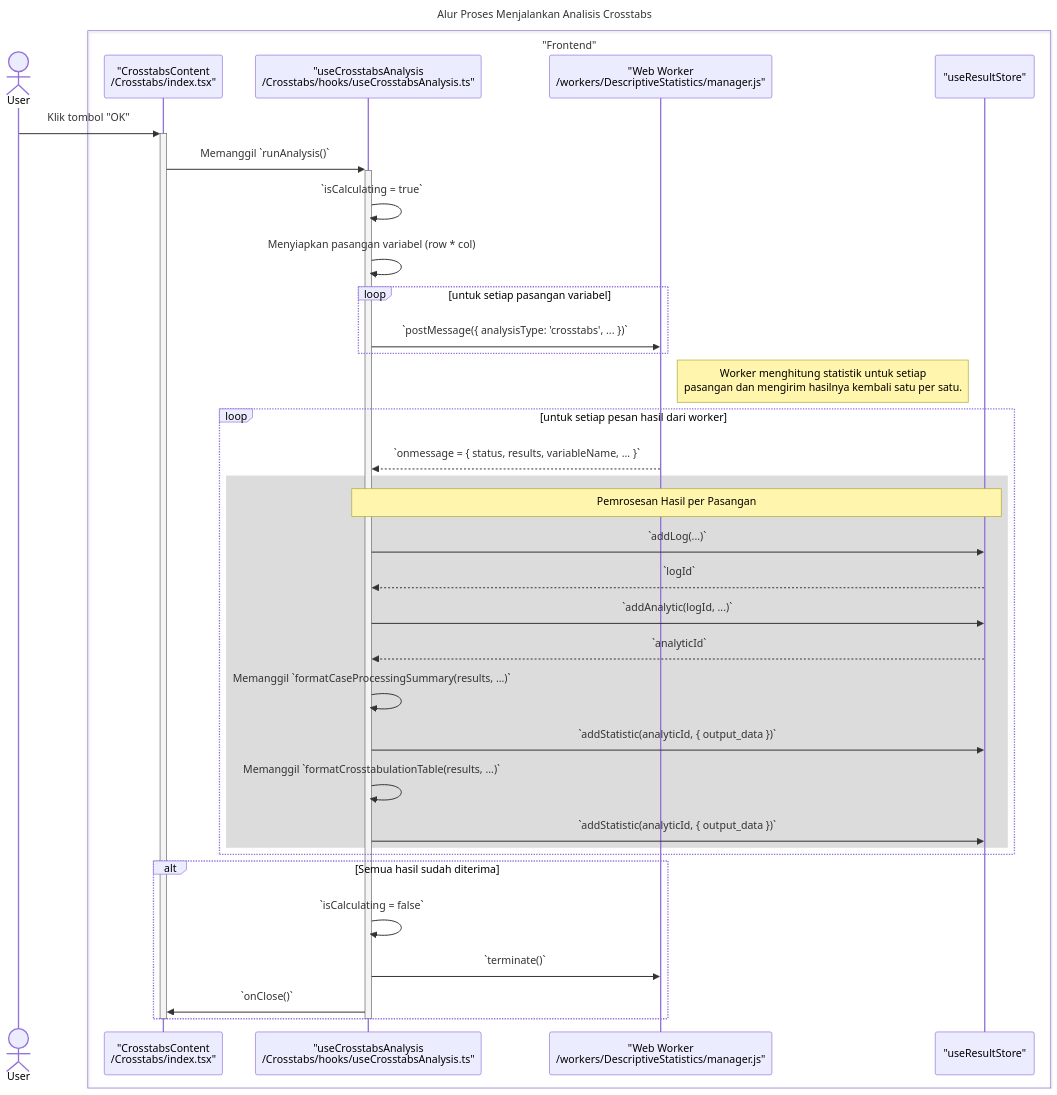
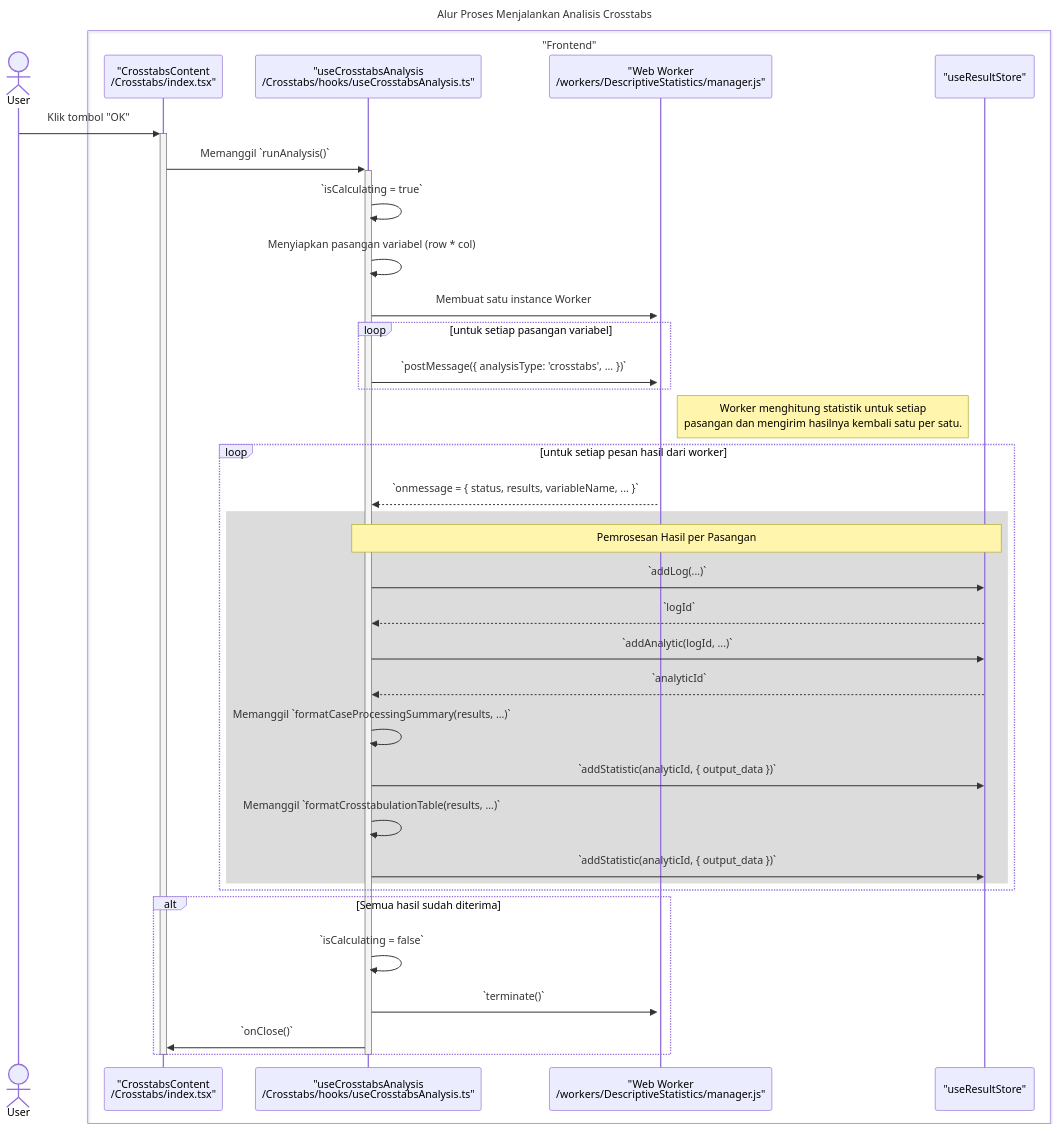
Before and after one commit to wilskk/statify: the second of 2 diagrams in frontend/docs/Sequence-Diagram/Descriptive/crosstabs.md, drawn with Mermaid. The commit also changed 25 other files, not shown here.

````diff
--- a/frontend/docs/Sequence-Diagram/Descriptive/crosstabs.md
+++ b/frontend/docs/Sequence-Diagram/Descriptive/crosstabs.md
@@ -47,50 +47,51 @@
 ```mermaid
 sequenceDiagram
     title: Alur Proses Menjalankan Analisis Crosstabs
     actor User
 
     box "Frontend"
         participant View as "CrosstabsContent<br>/Crosstabs/index.tsx"
         participant Hook as "useCrosstabsAnalysis<br>/Crosstabs/hooks/useCrosstabsAnalysis.ts"
         participant Worker as "Web Worker<br>/workers/DescriptiveStatistics/manager.js"
         participant Store as "useResultStore"
     end
 
     User->>+View: Klik tombol "OK"
     View->>+Hook: Memanggil `runAnalysis()`
 
     Hook->>Hook: `isCalculating = true`
     Hook->>Hook: Menyiapkan pasangan variabel (row * col)
+    Hook->>+Worker: Membuat satu instance Worker
 
     loop untuk setiap pasangan variabel
         Hook->>Worker: `postMessage({ analysisType: 'crosstabs', ... })`
     end
 
     Note right of Worker: Worker menghitung statistik untuk setiap<br/>pasangan dan mengirim hasilnya kembali satu per satu.
 
     loop untuk setiap pesan hasil dari worker
         Worker-->>Hook: `onmessage = { status, results, variableName, ... }`
         
         rect rgb(220, 220, 220)
         note over Hook, Store: Pemrosesan Hasil per Pasangan
         Hook->>Store: `addLog(...)`
         Store-->>Hook: `logId`
         Hook->>Store: `addAnalytic(logId, ...)`
         Store-->>Hook: `analyticId`
         
         Hook->>Hook: Memanggil `formatCaseProcessingSummary(results, ...)`
         Hook->>Store: `addStatistic(analyticId, { output_data })`
         
         Hook->>Hook: Memanggil `formatCrosstabulationTable(results, ...)`
         Hook->>Store: `addStatistic(analyticId, { output_data })`
         end
     end
 
     alt Semua hasil sudah diterima
         Hook->>Hook: `isCalculating = false`
         Hook->>Worker: `terminate()`
         Hook->>View: `onClose()`
     end
     deactivate Hook
     deactivate View
 ``` 
````
